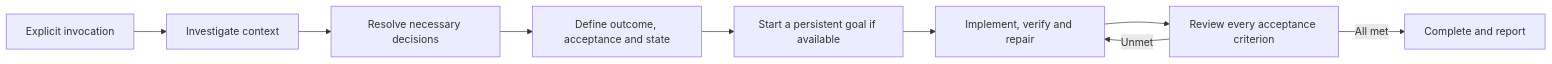
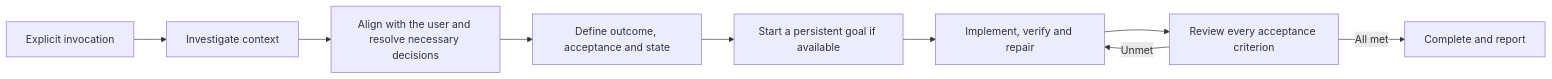
One commit to 2770578984-ai/large-task-orchestrator changed the diagram in README.md. Above: the diagram before and after it, drawn with Mermaid. The commit also changed other lines of this file and 14 other files, not shown here.

````diff
--- a/README.md
+++ b/README.md
@@ -9,11 +9,11 @@
 ```mermaid
 flowchart LR
     A[Explicit invocation] --> B[Investigate context]
-    B --> C[Resolve necessary decisions]
+    B --> C[Align with the user and resolve necessary decisions]
     C --> D[Define outcome, acceptance and state]
     D --> E[Start a persistent goal if available]
     E --> F[Implement, verify and repair]
     F --> G[Review every acceptance criterion]
     G -->|Unmet| F
     G -->|All met| H[Complete and report]
 ```
````
